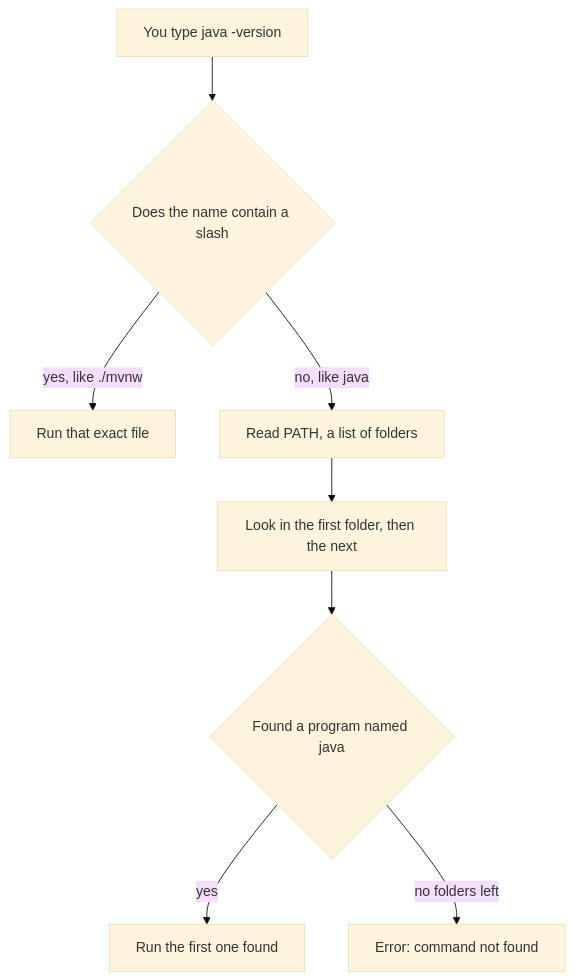
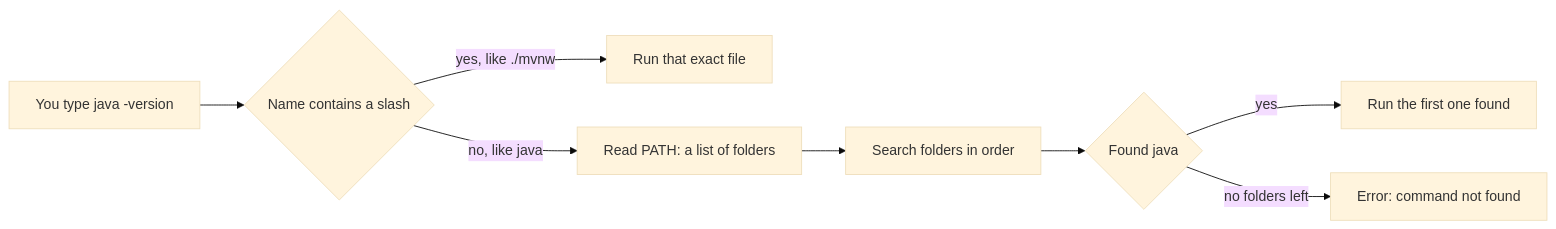
One commit to Sriram-Codes-SW/secure-doc-viewer changed the diagram in book/part-1-foundations/02-command-line-and-files.md. Above: the diagram before and after it, drawn with Mermaid (base theme). The commit also changed other lines of this file and 59 other files, not shown here.

Commit message:
Book: round 2 fixes (Ch 40/41 trim and Figure 41.5, wide diagrams, glossary bolding, star labels, EPUB metadata, contrast theme)

````diff
--- a/book/part-1-foundations/02-command-line-and-files.md
+++ b/book/part-1-foundations/02-command-line-and-files.md
@@ -190,10 +190,10 @@
 ```mermaid
-flowchart TB
-    A["You type java -version"] --> B{"Does the name contain a slash"}
+flowchart LR
+    A["You type java -version"] --> B{"Name contains a slash"}
     B -->|"yes, like ./mvnw"| C["Run that exact file"]
-    B -->|"no, like java"| D["Read PATH, a list of folders"]
-    D --> E["Look in the first folder, then the next"]
-    E --> F{"Found a program named java"}
+    B -->|"no, like java"| D["Read PATH: a list of folders"]
+    D --> E["Search folders in order"]
+    E --> F{"Found java"}
     F -->|"yes"| G["Run the first one found"]
     F -->|"no folders left"| H["Error: command not found"]
 ```
````
